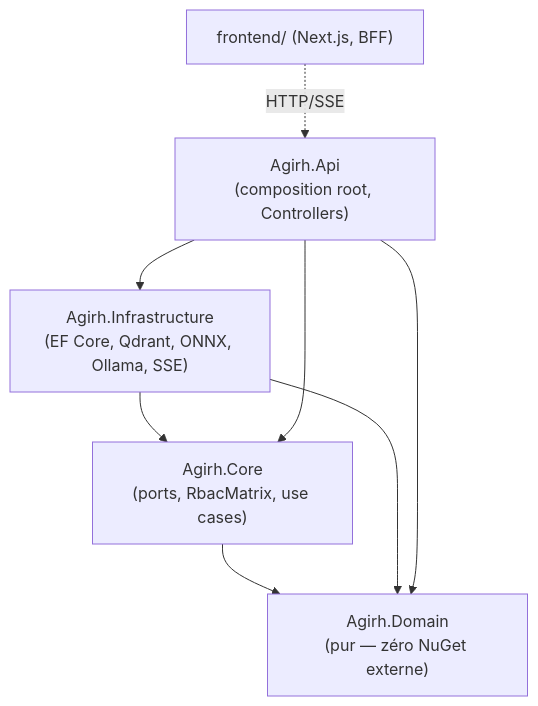
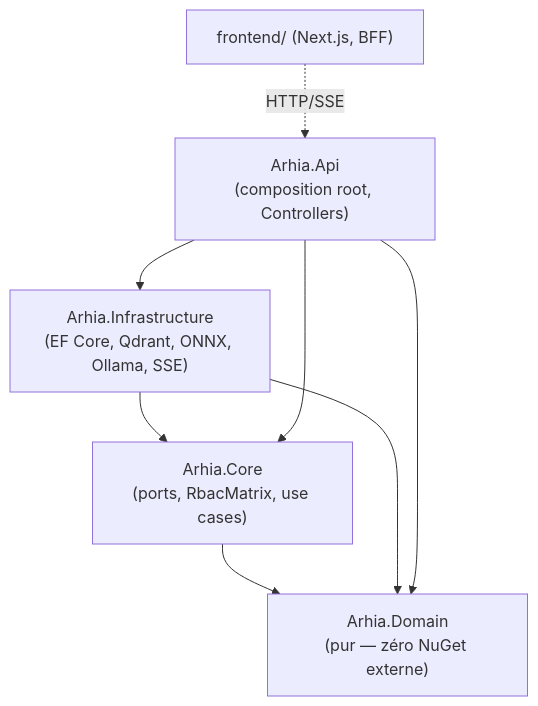
Before and after one commit to wekt2k04/arhia: the first of 6 diagrams in docs/ARCHITECTURE.md, drawn with Mermaid. The commit also changed other lines of this file and 87 other files, not shown here.

````diff
--- a/docs/ARCHITECTURE.md
+++ b/docs/ARCHITECTURE.md
@@ -9,16 +9,16 @@
 ```mermaid
 graph TB
-    Domain["Agirh.Domain<br/>(pur — zéro NuGet externe)"]
-    Core["Agirh.Core<br/>(ports, RbacMatrix, use cases)"]
-    Infra["Agirh.Infrastructure<br/>(EF Core, Qdrant, ONNX, Ollama, SSE)"]
-    Api["Agirh.Api<br/>(composition root, Controllers)"]
+    Domain["Arhia.Domain<br/>(pur — zéro NuGet externe)"]
+    Core["Arhia.Core<br/>(ports, RbacMatrix, use cases)"]
+    Infra["Arhia.Infrastructure<br/>(EF Core, Qdrant, ONNX, Ollama, SSE)"]
+    Api["Arhia.Api<br/>(composition root, Controllers)"]
     Front["frontend/ (Next.js, BFF)"]
 
     Core --> Domain
     Infra --> Core
     Infra --> Domain
     Api --> Infra
     Api --> Core
     Api --> Domain
     Front -.HTTP/SSE.-> Api
 ```
````
